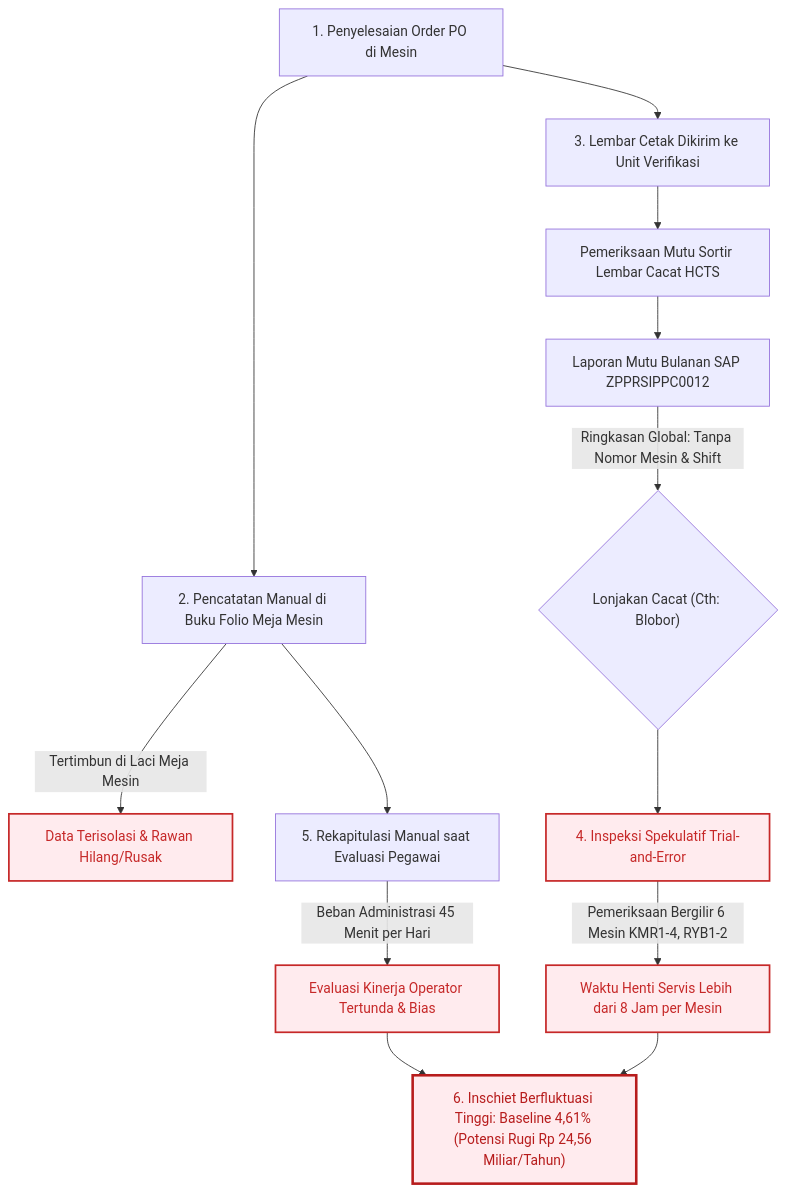
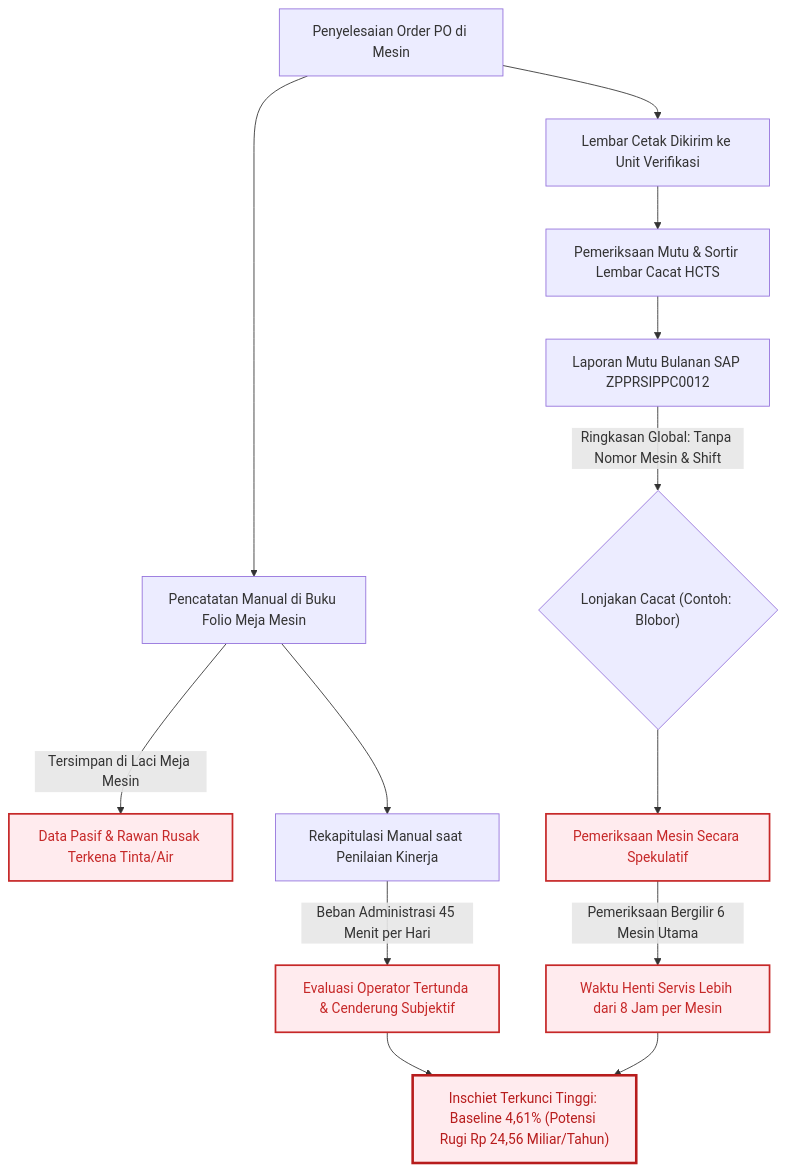
One commit to ZulfikarHD/iaka-2026 changed the second of 5 diagrams in makalah-iaka-2026/BAB4.md. Above: the diagram before and after it, drawn with Mermaid. The commit also changed other lines of this file and 8 other files, not shown here.

````diff
--- a/makalah-iaka-2026/BAB4.md
+++ b/makalah-iaka-2026/BAB4.md
@@ -93,21 +93,21 @@
 ```mermaid
 graph TD
-    A["1. Penyelesaian Order PO di Mesin"] --> B["2. Pencatatan Manual di Buku Folio Meja Mesin"]
-    B -->|Tertimbun di Laci Meja Mesin| C["Data Terisolasi & Rawan Hilang/Rusak"]
-    A --> D["3. Lembar Cetak Dikirim ke Unit Verifikasi"]
-    D --> E["Pemeriksaan Mutu Sortir Lembar Cacat HCTS"]
+    A["Penyelesaian Order PO di Mesin"] --> B["Pencatatan Manual di Buku Folio Meja Mesin"]
+    B -->|Tersimpan di Laci Meja Mesin| C["Data Pasif & Rawan Rusak Terkena Tinta/Air"]
+    A --> D["Lembar Cetak Dikirim ke Unit Verifikasi"]
+    D --> E["Pemeriksaan Mutu & Sortir Lembar Cacat HCTS"]
     E --> F["Laporan Mutu Bulanan SAP ZPPRSIPPC0012"]
-    F -->|Ringkasan Global: Tanpa Nomor Mesin & Shift| G{"Lonjakan Cacat (Cth: Blobor)"}
-    G --> H["4. Inspeksi Spekulatif Trial-and-Error"]
-    H -->|Pemeriksaan Bergilir 6 Mesin KMR1-4, RYB1-2| I["Waktu Henti Servis Lebih dari 8 Jam per Mesin"]
-    B --> J["5. Rekapitulasi Manual saat Evaluasi Pegawai"]
-    J -->|Beban Administrasi 45 Menit per Hari| K["Evaluasi Kinerja Operator Tertunda & Bias"]
-    I --> L["6. Inschiet Berfluktuasi Tinggi: Baseline 4,61% (Potensi Rugi Rp 24,56 Miliar/Tahun)"]
+    F -->|Ringkasan Global: Tanpa Nomor Mesin & Shift| G{"Lonjakan Cacat (Contoh: Blobor)"}
+    G --> H["Pemeriksaan Mesin Secara Spekulatif"]
+    H -->|Pemeriksaan Bergilir 6 Mesin Utama| I["Waktu Henti Servis Lebih dari 8 Jam per Mesin"]
+    B --> J["Rekapitulasi Manual saat Penilaian Kinerja"]
+    J -->|Beban Administrasi 45 Menit per Hari| K["Evaluasi Operator Tertunda & Cenderung Subjektif"]
+    I --> L["Inschiet Terkunci Tinggi: Baseline 4,61% (Potensi Rugi Rp 24,56 Miliar/Tahun)"]
     K --> L
 
     style C fill:#ffebee,stroke:#c62828,stroke-width:2px,color:#c62828
     style H fill:#ffebee,stroke:#c62828,stroke-width:2px,color:#c62828
     style I fill:#ffebee,stroke:#c62828,stroke-width:2px,color:#c62828
     style K fill:#ffebee,stroke:#c62828,stroke-width:2px,color:#c62828
     style L fill:#ffebee,stroke:#b71c1c,stroke-width:3px,color:#b71c1c
 ```
````
